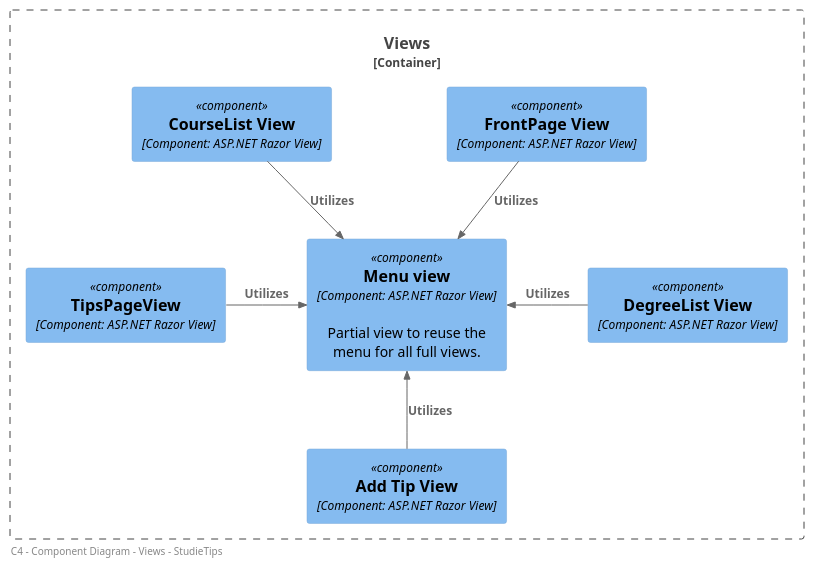
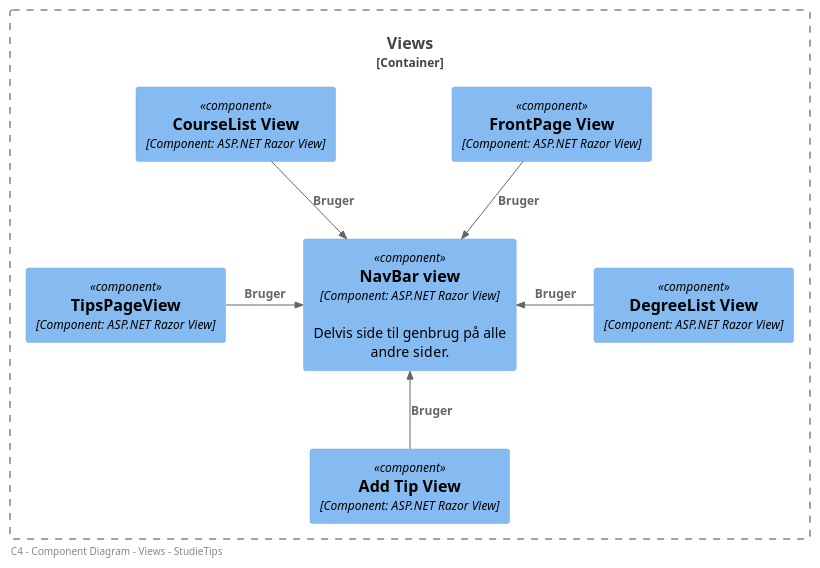
Before and after one commit to I4PRJ4/I4PRJ4-plantuml: the diagram in plantuml/C4/C4-Level3/Component-Views.puml, drawn with PlantUML. The commit also changed 68 other files, not shown here.

```diff
--- a/plantuml/C4/C4-Level3/Component-Views.puml
+++ b/plantuml/C4/C4-Level3/Component-Views.puml
@@ -1,26 +1,26 @@
 @startuml Component Diagram Views
 !include <C4/C4_Container>
 !include <C4/C4_Component>
 
 left footer "   C4 - Component Diagram - Views - StudieTips"
 
 Container_Boundary(Views,"Views",""){
     Component(View1, "FrontPage View", "Component: ASP.NET Razor View")
     Component(View2, "DegreeList View", "Component: ASP.NET Razor View")
     Component(View3, "CourseList View", "Component: ASP.NET Razor View")
     Component(View4, "TipsPageView", "Component: ASP.NET Razor View")
     Component(View5, "Add Tip View", "Component: ASP.NET Razor View")
-    Component(View7, "Menu view", "Component: ASP.NET Razor View", "Partial view to reuse the menu for all full views.")
+    Component(View7, "NavBar view", "Component: ASP.NET Razor View", "Delvis side til genbrug på alle andre sider.")
     
     
 } 
 
 Lay_D(View1,View2)
 Lay_D(View3,View4)
 
-Rel_R(View1,View7,"Utilizes")
-Rel_R(View2,View7,"Utilizes")
-Rel_R(View3,View7,"Utilizes")
-Rel_R(View4,View7,"Utilizes")
-Rel_U(View5,View7,"Utilizes")
+Rel_R(View1,View7,"Bruger")
+Rel_R(View2,View7,"Bruger")
+Rel_R(View3,View7,"Bruger")
+Rel_R(View4,View7,"Bruger")
+Rel_U(View5,View7,"Bruger")
 @enduml
```
